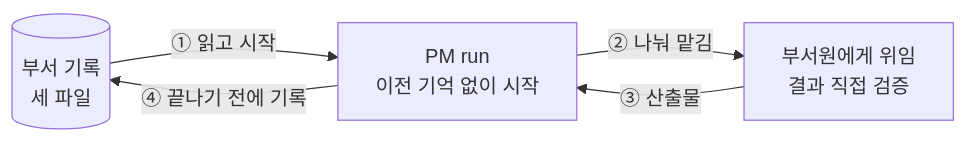
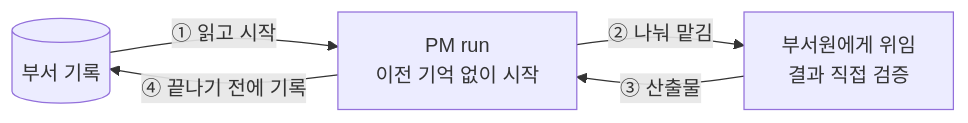
Before and after one commit to Alex2006-KOR/aise-org-site: the fourth of 5 diagrams in docs/story/operation.md, drawn with Mermaid. The commit also changed other lines of this file and 20 other files, not shown here.

````diff
--- a/docs/story/operation.md
+++ b/docs/story/operation.md
@@ -208,10 +209,10 @@
 ```mermaid
 flowchart LR
-  PR[("부서 기록<br/>세 파일")]
+  PR[("부서 기록")]
   RUN["PM run<br/>이전 기억 없이 시작"]
   WORK["부서원에게 위임<br/>결과 직접 검증"]
   PR -->|"① 읽고 시작"| RUN
   RUN -->|"② 나눠 맡김"| WORK
   WORK -->|"③ 산출물"| RUN
   RUN -->|"④ 끝나기 전에 기록"| PR
 ```
````
